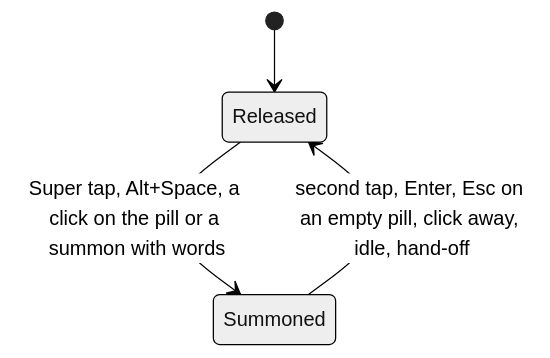
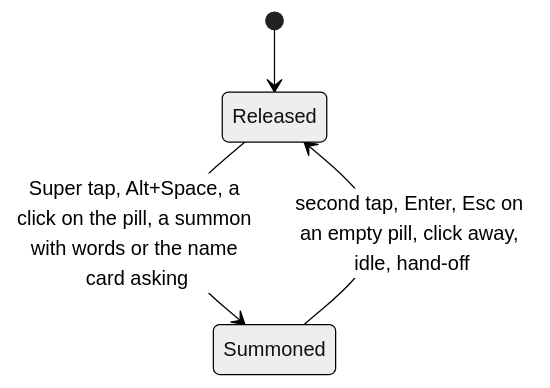
The second of 3 diagrams in docs/architecture/shell.md (thedefaultman/Bombadil), drawn with Mermaid (neutral theme) before and after one commit. The commit also changed other lines of this file and 30 other files, not shown here.

````diff
--- a/docs/architecture/shell.md
+++ b/docs/architecture/shell.md
@@ -82,6 +83,6 @@
 ```mermaid
 stateDiagram-v2
     [*] --> Released
-    Released --> Summoned : Super tap, Alt+Space, a click on the pill or a summon with words
+    Released --> Summoned : Super tap, Alt+Space, a click on the pill, a summon with words or the name card asking
     Summoned --> Released : second tap, Enter, Esc on an empty pill, click away, idle, hand-off
 ```
````
